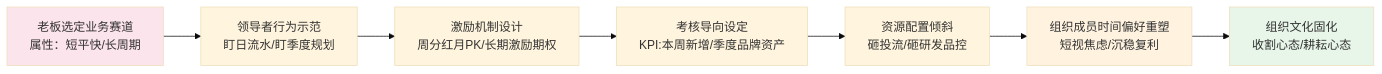
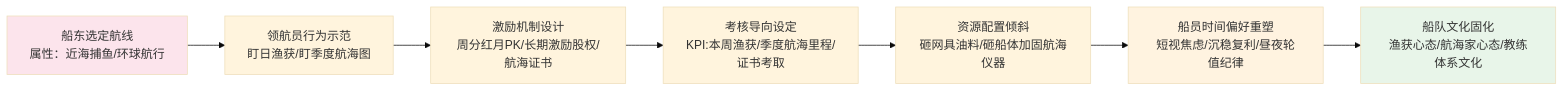
Before and after one commit to OpenDocCN1/flygon-zhuanqian-zhoubao: the third of 12 diagrams in docs/202303_paper2textbook/chapter_080.md, drawn with Mermaid (base theme). The commit also changed other lines of this file and 2 other files, not shown here.

````diff
--- a/docs/202303_paper2textbook/chapter_080.md
+++ b/docs/202303_paper2textbook/chapter_080.md
@@ -213,13 +214,13 @@
 ```mermaid
 flowchart LR
-    A[老板选定业务赛道\n属性：短平快/长周期] --> B[领导者行为示范\n盯日流水/盯季度规划]
-    B --> C[激励机制设计\n周分红月PK/长期激励期权]
-    C --> D[考核导向设定\nKPI:本周新增/季度品牌资产]
-    D --> E[资源配置倾斜\n砸投流/砸研发品控]
-    E --> F[组织成员时间偏好重塑\n短视焦虑/沉稳复利]
-    F --> G[组织文化固化\n收割心态/耕耘心态]
+    A[船东选定航线\n属性：近海捕鱼/环球航行] --> B[领航员行为示范\n盯日渔获/盯季度航海图]
+    B --> C[激励机制设计\n周分红月PK/长期激励股权/航海证书]
+    C --> D[考核导向设定\nKPI:本周渔获/季度航海里程/证书考取]
+    D --> E[资源配置倾斜\n砸网具油料/砸船体加固航海仪器]
+    E --> F[船员时间偏好重塑\n短视焦虑/沉稳复利/昼夜轮值纪律]
+    F --> G[船队文化固化\n渔获心态/航海家心态/教练体系文化]
     
     style A fill:#fce4ec
     style F fill:#fff3e0
     style G fill:#e8f5e9
 ```
````
